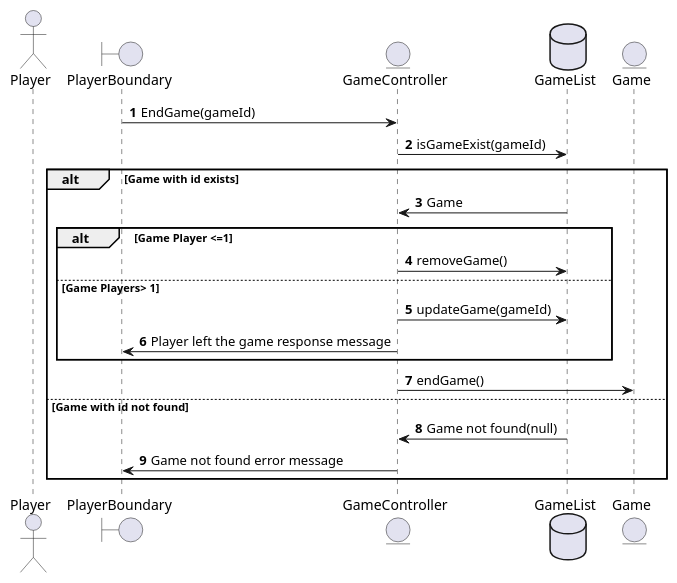
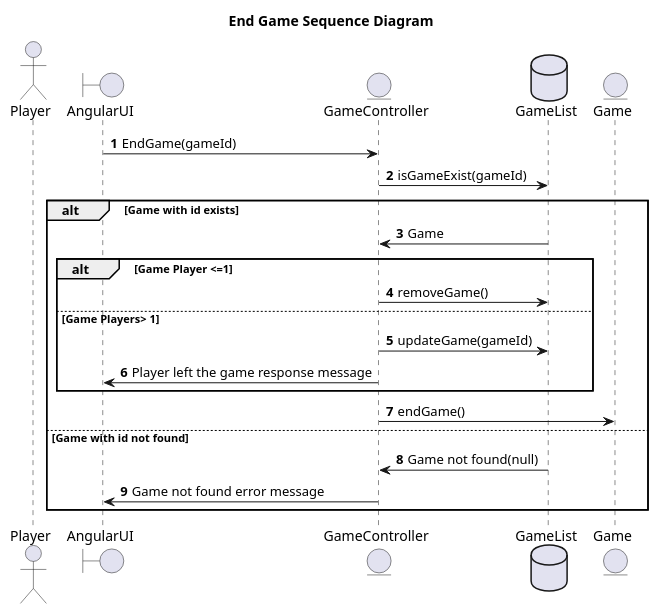
Before and after one commit to gurmsc5/Clue-Less: the diagram in clue-less-backend/end_game.puml, drawn with PlantUML. The commit also changed 6 other files, not shown here.

Commit message:
Added titles for all UML seq diagrams

```diff
--- a/clue-less-backend/end_game.puml
+++ b/clue-less-backend/end_game.puml
@@ -1,28 +1,30 @@
 @startuml
+
+title End Game Sequence Diagram
 
 autonumber
 actor Player
-boundary PlayerBoundary
+boundary AngularUI
 entity GameController
 
-PlayerBoundary -> GameController: EndGame(gameId)
+AngularUI -> GameController: EndGame(gameId)
 database GameList
 GameController -> GameList: isGameExist(gameId)
 entity Game
 
 alt Game with id exists
     GameList -> GameController: Game
     alt Game Player <=1
         GameController->GameList: removeGame()
     else Game Players> 1
         GameController -> GameList: updateGame(gameId)
-        GameController -> PlayerBoundary: Player left the game response message
+        GameController -> AngularUI: Player left the game response message
     end
     GameController -> Game: endGame()
 else Game with id not found
     GameList -> GameController: Game not found(null)
-    GameController -> PlayerBoundary: Game not found error message
+    GameController -> AngularUI: Game not found error message
 end
 
 
 @enduml
```
